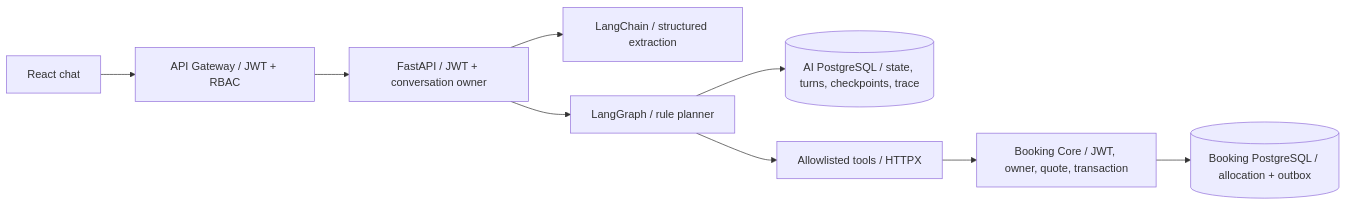
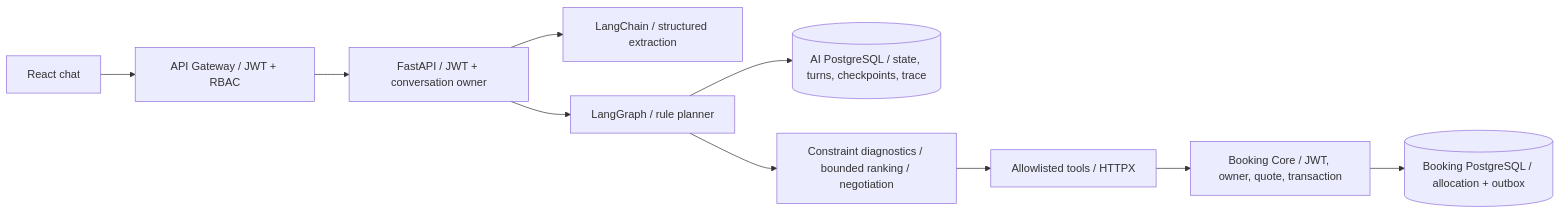
Before and after one commit to chiendz11/badminton_system: the diagram in docs/AI_SERVICE.md, drawn with Mermaid. The commit also changed other lines of this file and 208 other files, not shown here.

````diff
--- a/docs/AI_SERVICE.md
+++ b/docs/AI_SERVICE.md
@@ -7,11 +11,12 @@
 ```mermaid
 flowchart LR
   W[React chat] --> G[API Gateway / JWT + RBAC]
   G --> A[FastAPI / JWT + conversation owner]
   A --> L[LangChain / structured extraction]
   A --> F[LangGraph / rule planner]
   F --> S[(AI PostgreSQL / state, turns, checkpoints, trace)]
-  F --> T[Allowlisted tools / HTTPX]
+  F --> R[Constraint diagnostics / bounded ranking / negotiation]
+  R --> T[Allowlisted tools / HTTPX]
   T --> C[Booking Core / JWT, owner, quote, transaction]
   C --> D[(Booking PostgreSQL / allocation + outbox)]
 ```
````
